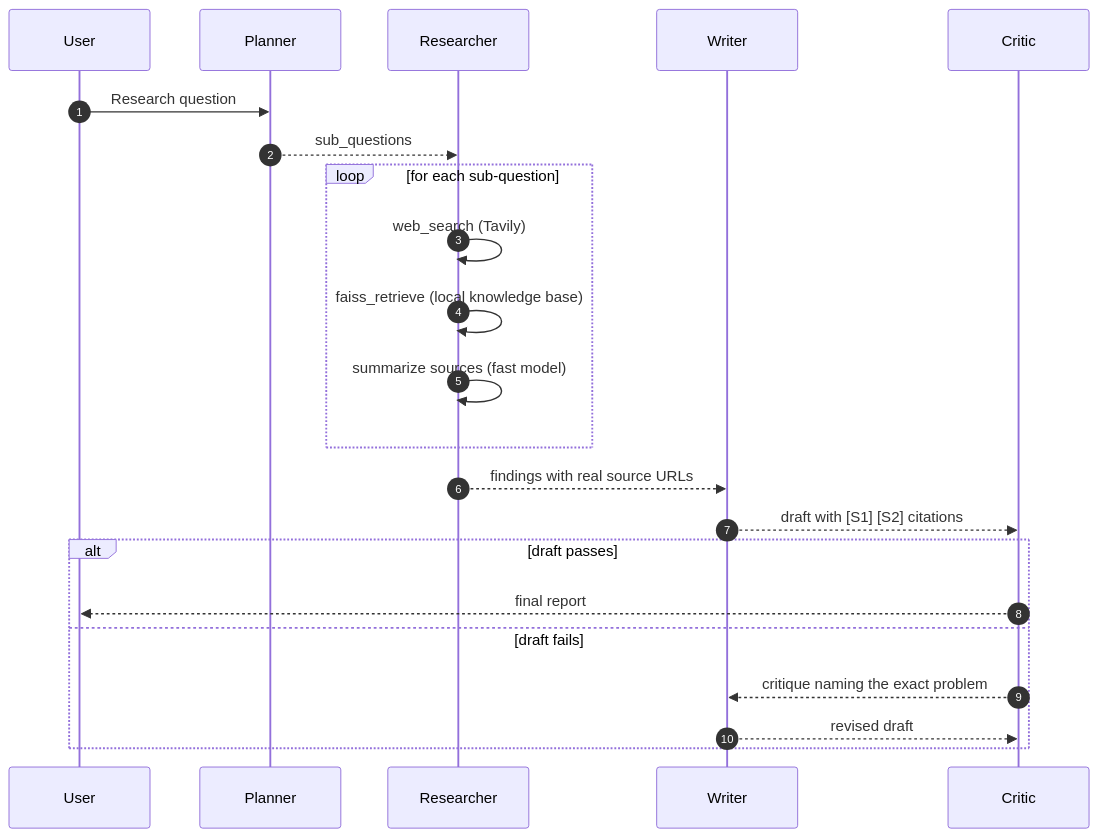
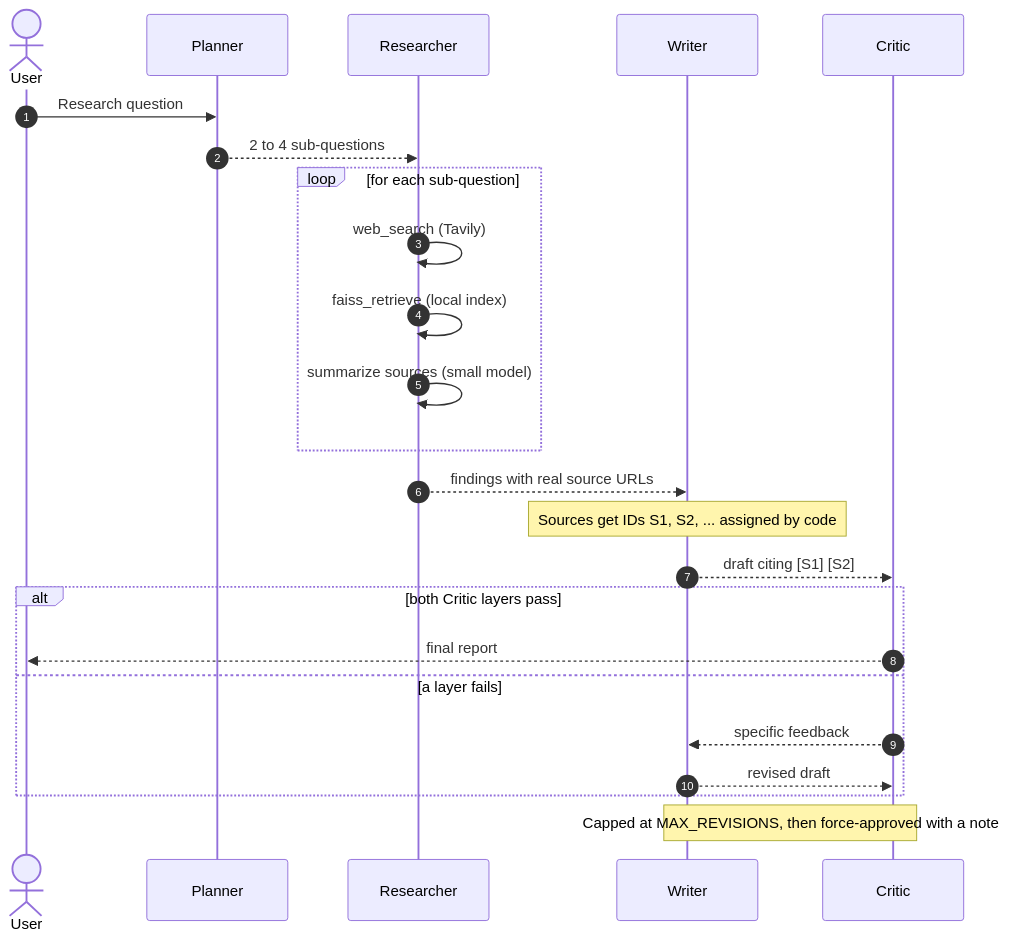
Before and after one commit to ADHIRAJ994/Research-Agent: the third of 9 diagrams in README.md, drawn with Mermaid. The commit also changed other lines of this file, not shown here.

````diff
--- a/README.md
+++ b/README.md
@@ -76,28 +103,31 @@
 ```mermaid
 sequenceDiagram
     autonumber
-    participant U as User
+    actor U as User
     participant P as Planner
     participant R as Researcher
     participant W as Writer
     participant C as Critic
 
     U->>P: Research question
-    P-->>R: sub_questions
+    P-->>R: 2 to 4 sub-questions
 
     loop for each sub-question
         R->>R: web_search (Tavily)
-        R->>R: faiss_retrieve (local knowledge base)
-        R->>R: summarize sources (fast model)
+        R->>R: faiss_retrieve (local index)
+        R->>R: summarize sources (small model)
     end
 
     R-->>W: findings with real source URLs
-    W-->>C: draft with [S1] [S2] citations
+    Note over W: Sources get IDs S1, S2, ... assigned by code
+    W-->>C: draft citing [S1] [S2]
 
-    alt draft passes
+    alt both Critic layers pass
         C-->>U: final report
-    else draft fails
-        C-->>W: critique naming the exact problem
+    else a layer fails
+        C-->>W: specific feedback
         W-->>C: revised draft
     end
+
+    Note over C,W: Capped at MAX_REVISIONS, then force-approved with a note
 ```
````
